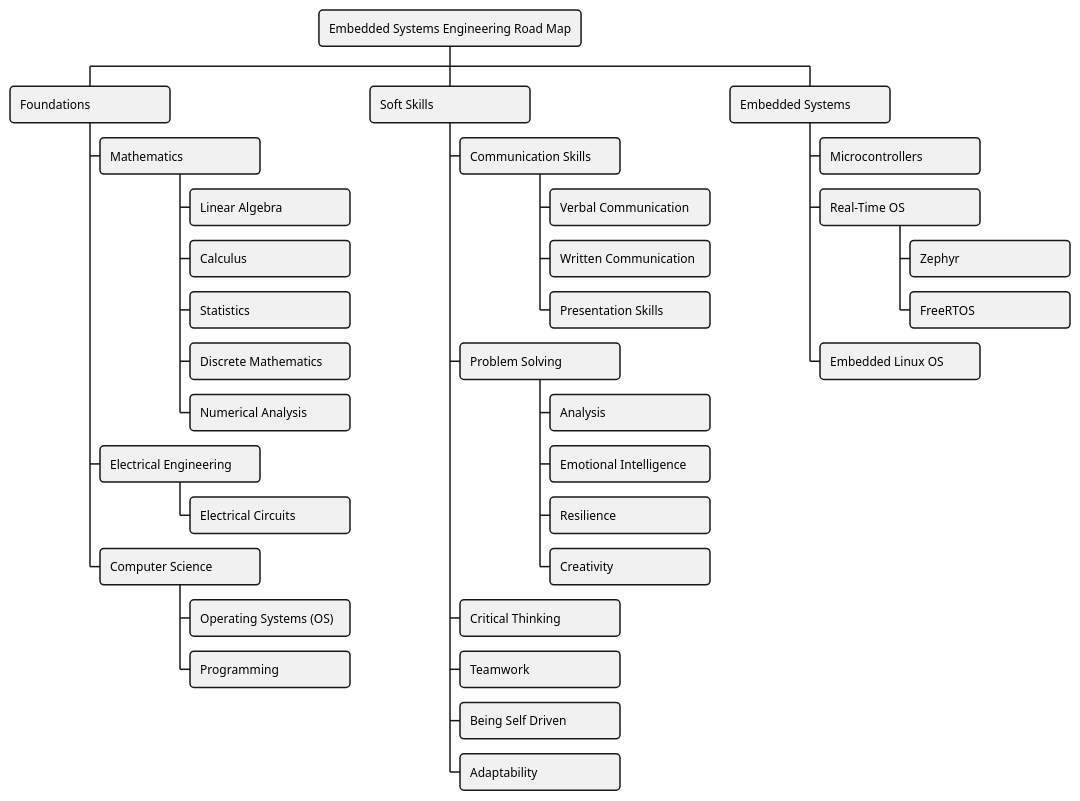
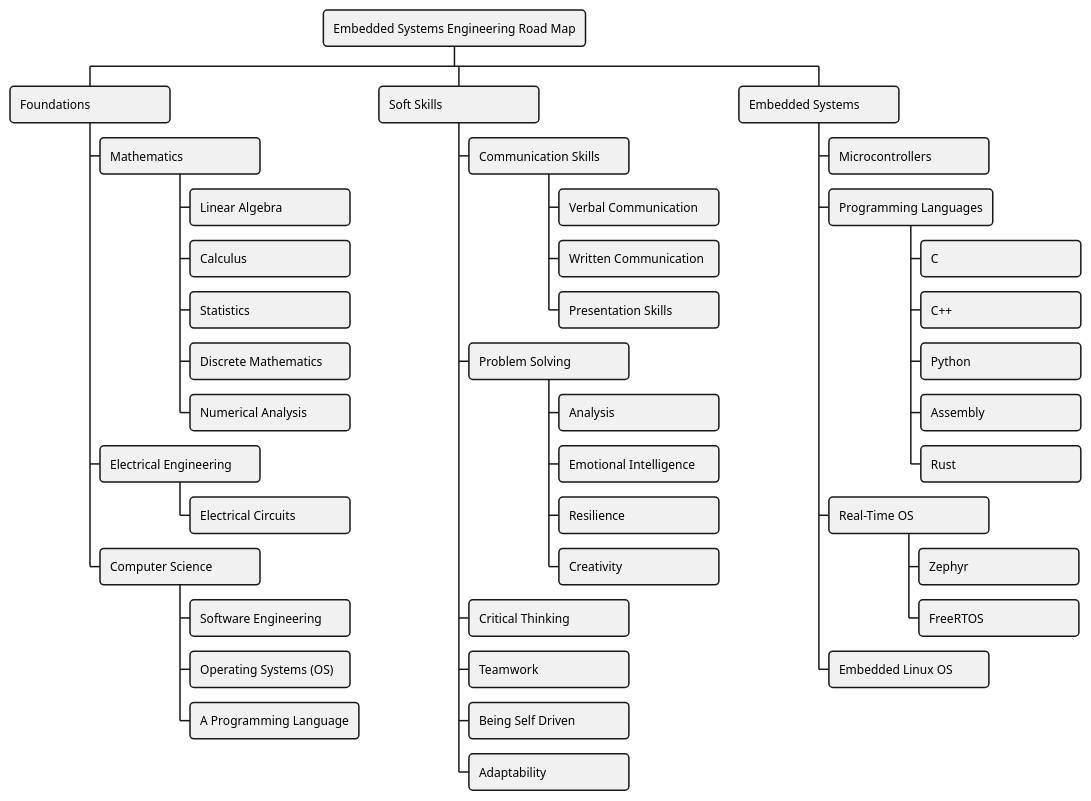
The diagram in resources/road-map.puml (HenrikSamuelsson/embedded-systems-engineering-road-map), drawn with PlantUML before and after one commit.

Commit message:
List programming languages.

```diff
--- a/resources/road-map.puml
+++ b/resources/road-map.puml
@@ -1,42 +1,49 @@
 @startwbs
 <style>
 node {
     MinimumWidth 160
     MaximumWidth 1600
     RoundCorner 8
 }
 </style>
 + Embedded Systems Engineering Road Map
  + Foundations
   + Mathematics
    + Linear Algebra
    + Calculus
    + Statistics
    + Discrete Mathematics
    + Numerical Analysis
   + Electrical Engineering
    + Electrical Circuits
   + Computer Science
+   + Software Engineering
    + Operating Systems (OS)
-   + Programming
+   + A Programming Language
  + Soft Skills
   + Communication Skills
    + Verbal Communication
    + Written Communication
    + Presentation Skills
   + Problem Solving
    + Analysis
    + Emotional Intelligence
    + Resilience
    + Creativity
   + Critical Thinking
   + Teamwork
   + Being Self Driven
   + Adaptability
  + Embedded Systems
   + Microcontrollers
+  + Programming Languages
+   + C
+   + C++
+   + Python
+   + Assembly
+   + Rust
   + Real-Time OS
    + Zephyr
    + FreeRTOS
   + Embedded Linux OS
 @endwbs
```
